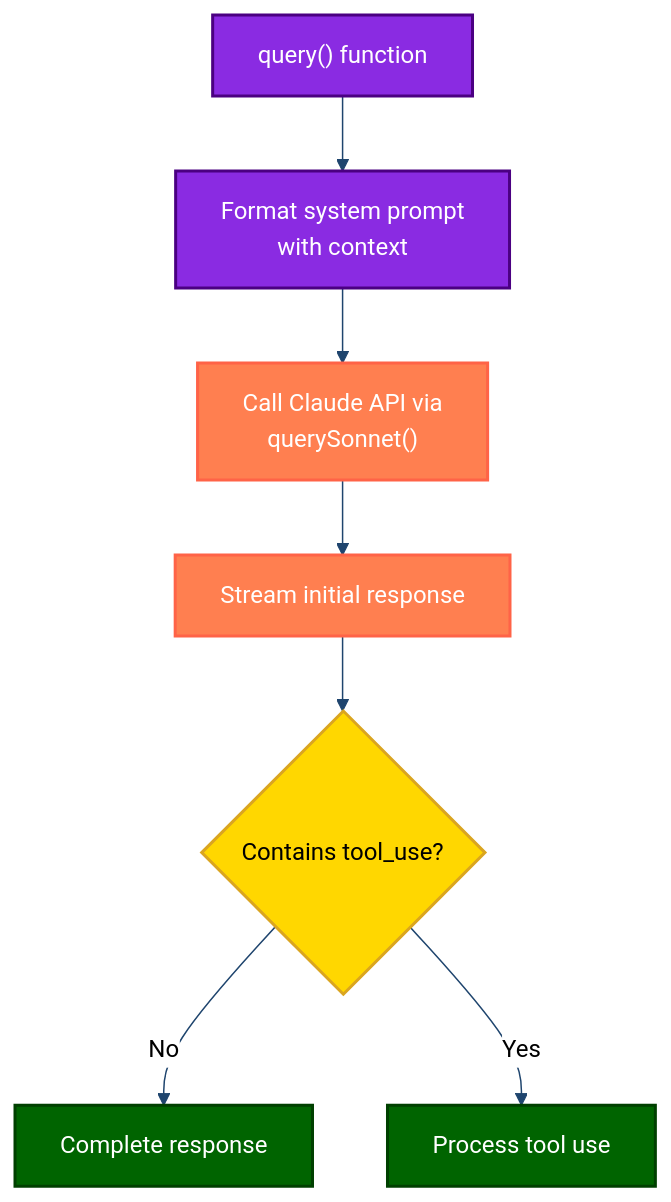
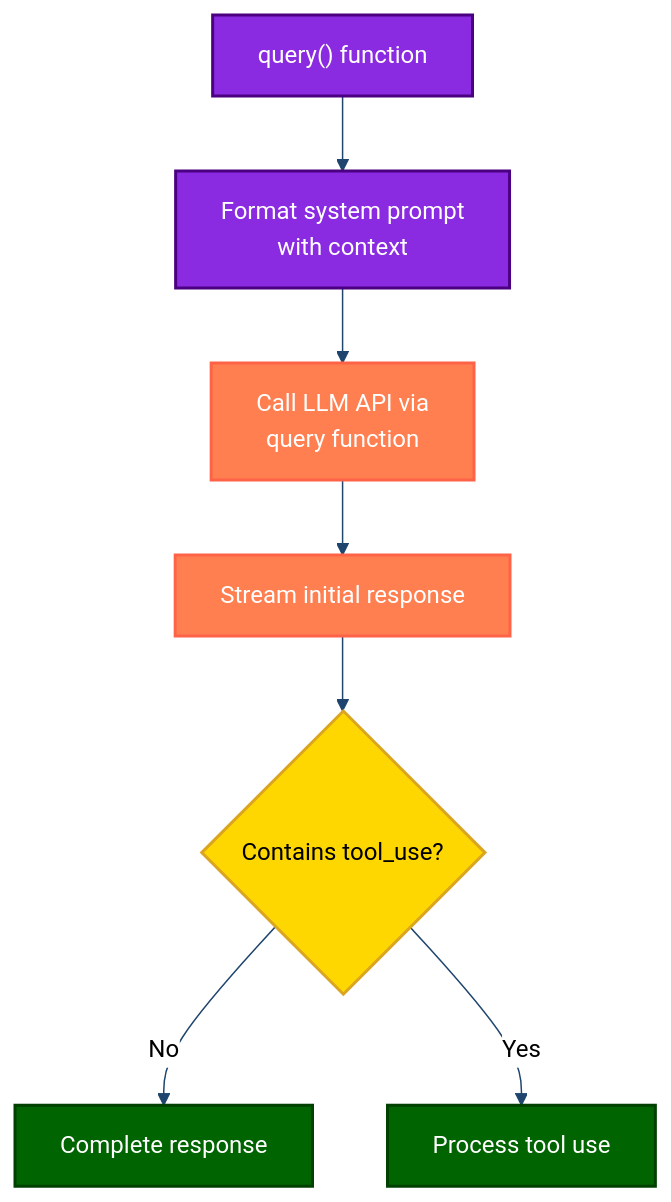
The fifth of 8 diagrams in src/execution-flow-in-detail.md (Szermer/QED), drawn with Mermaid before and after one commit. The commit also changed other lines of this file and 82 other files, not shown here.

````diff
--- a/src/execution-flow-in-detail.md
+++ b/src/execution-flow-in-detail.md
@@ -136,20 +136,20 @@
 ```mermaid
 %%{init: {'theme':'neutral', 'themeVariables': { 'primaryColor': '#5D8AA8', 'primaryTextColor': '#fff', 'primaryBorderColor': '#1F456E', 'lineColor': '#1F456E', 'secondaryColor': '#006400', 'tertiaryColor': '#fff'}}}%%
 flowchart TD
     classDef core fill:#8A2BE2,stroke:#4B0082,stroke-width:2px,color:white;
     classDef api fill:#FF7F50,stroke:#FF6347,stroke-width:2px,color:white;
     classDef decision fill:#FFD700,stroke:#DAA520,stroke-width:2px,color:black;
     classDef function fill:#006400,stroke:#004000,stroke-width:2px,color:white;
     
     A["query() function"] --> B["Format system prompt<br>with context"]
-    B --> C["Call Claude API via<br>querySonnet()"]
+    B --> C["Call LLM API via<br>query function"]
     C --> D["Stream initial response"]
     D --> E{"Contains tool_use?"}
     E -->|"No"| F["Complete response"]
     E -->|"Yes"| G["Process tool use"]
     
     class A,B core
     class C,D api
     class E decision
     class F,G function
 ```
````
